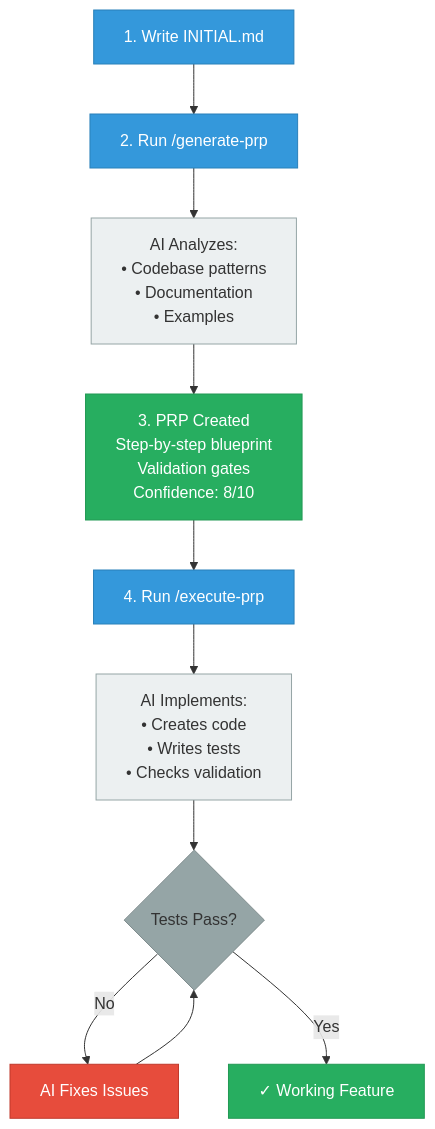
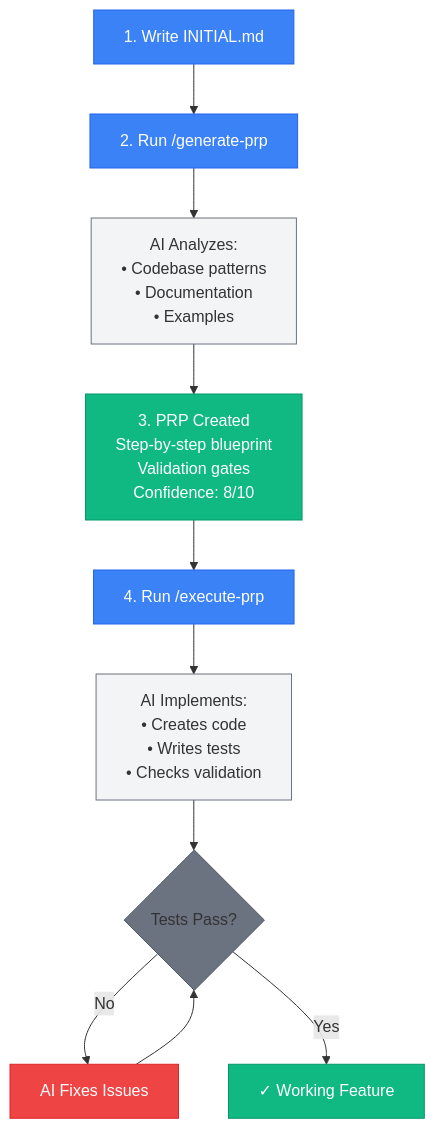
The third of 6 diagrams in ce-demo-presentation.md (bprzybys-nc/ce-demo), drawn with Mermaid before and after one commit. The commit also changed other lines of this file and 1 other file, not shown here.

````diff
--- a/ce-demo-presentation.md
+++ b/ce-demo-presentation.md
@@ -133,29 +133,29 @@
 ```mermaid
 flowchart TD
     Start["1. Write INITIAL.md"] --> Research["2. Run /generate-prp"]
 
     Research --> Analyze["AI Analyzes:<br/>• Codebase patterns<br/>• Documentation<br/>• Examples"]
 
     Analyze --> PRP["3. PRP Created<br/>Step-by-step blueprint<br/>Validation gates<br/>Confidence: 8/10"]
 
     PRP --> Execute["4. Run /execute-prp"]
 
     Execute --> Implement["AI Implements:<br/>• Creates code<br/>• Writes tests<br/>• Checks validation"]
 
     Implement --> Validate{Tests Pass?}
 
     Validate -->|No| Fix["AI Fixes Issues"]
     Fix --> Validate
 
     Validate -->|Yes| Done["✓ Working Feature"]
 
-    style Start fill:#3498DB,stroke:#2980B9,color:#fff
-    style Research fill:#3498DB,stroke:#2980B9,color:#fff
-    style PRP fill:#27AE60,stroke:#229954,color:#fff
-    style Execute fill:#3498DB,stroke:#2980B9,color:#fff
-    style Done fill:#27AE60,stroke:#229954,color:#fff
-    style Fix fill:#E74C3C,stroke:#C0392B,color:#fff
-    style Validate fill:#95A5A6,stroke:#7F8C8D
-    style Analyze fill:#ECF0F1,stroke:#95A5A6
-    style Implement fill:#ECF0F1,stroke:#95A5A6
+    style Start fill:#3B82F6,stroke:#2563EB,color:#fff
+    style Research fill:#3B82F6,stroke:#2563EB,color:#fff
+    style PRP fill:#10B981,stroke:#059669,color:#fff
+    style Execute fill:#3B82F6,stroke:#2563EB,color:#fff
+    style Done fill:#10B981,stroke:#059669,color:#fff
+    style Fix fill:#EF4444,stroke:#DC2626,color:#fff
+    style Validate fill:#6B7280,stroke:#4B5563
+    style Analyze fill:#F3F4F6,stroke:#6B7280
+    style Implement fill:#F3F4F6,stroke:#6B7280
 ```
````
